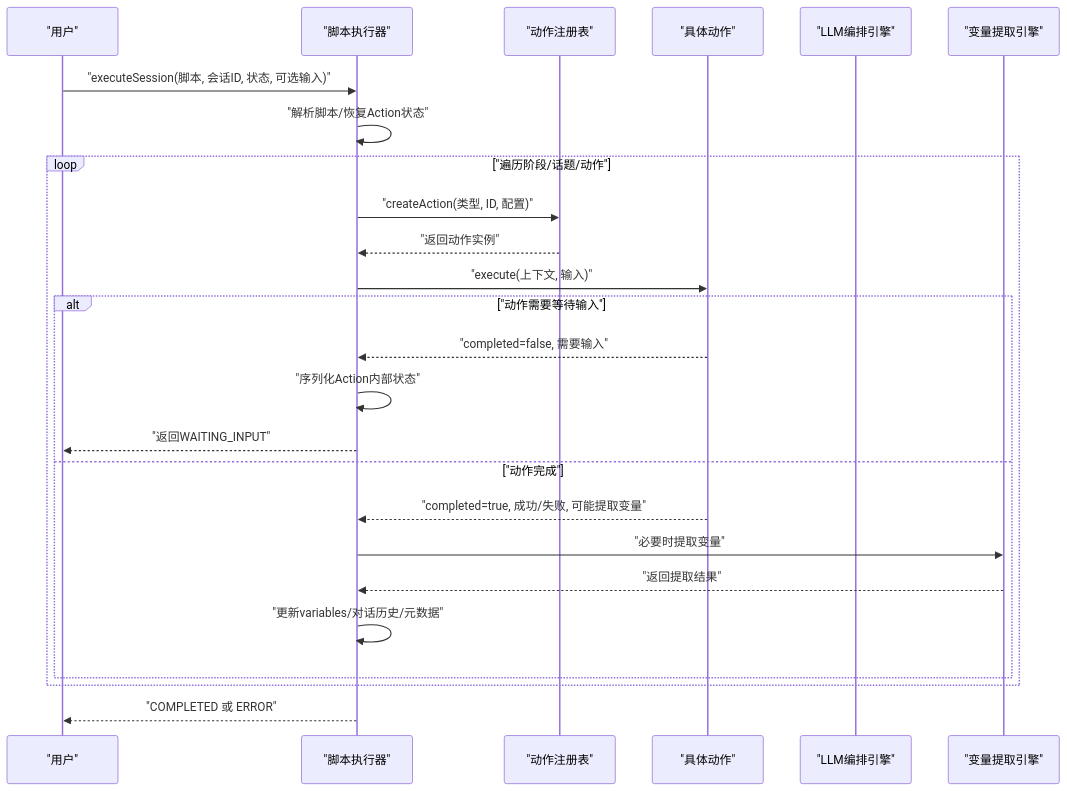
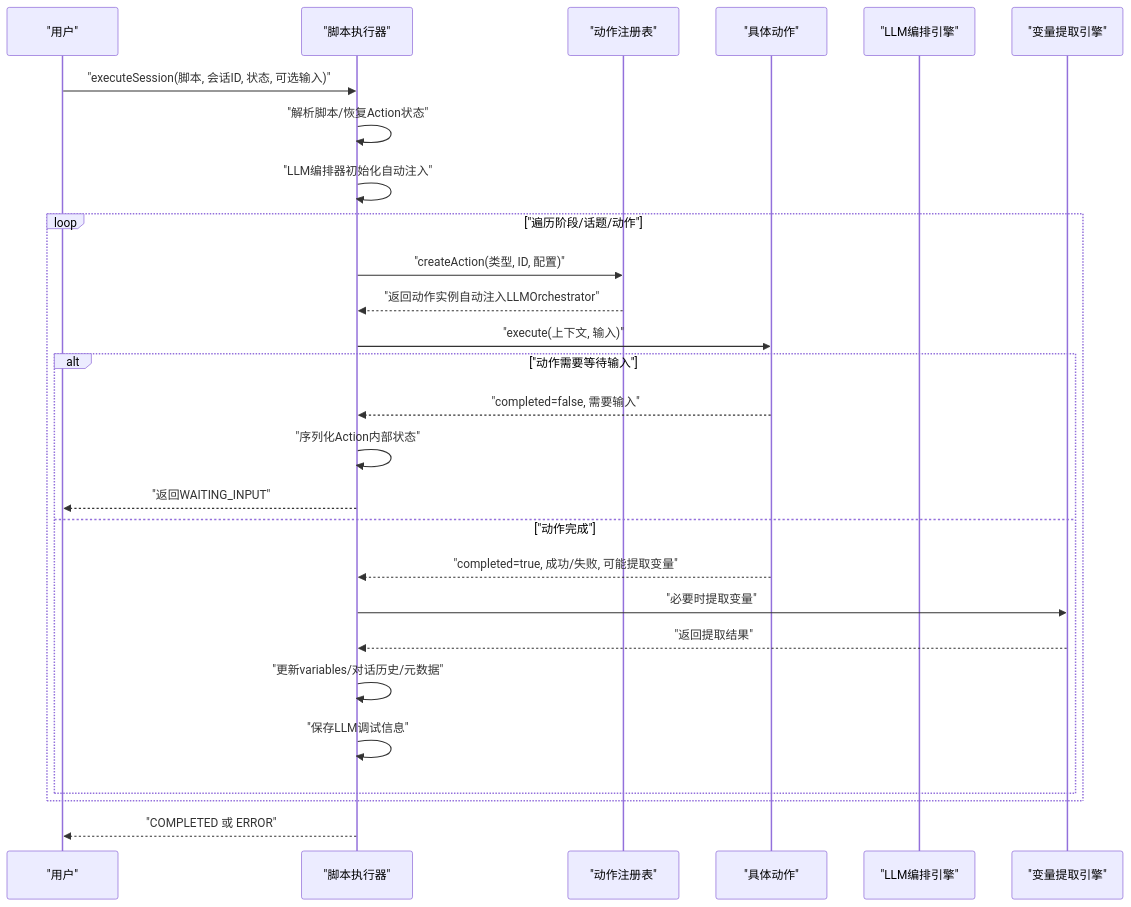
One commit to EverettCamus/HeartRule-Qoder changed the third of 6 diagrams in .qoder/repowiki/zh/content/核心引擎系统/核心引擎系统.md. Above: the diagram before and after it, drawn with Mermaid. The commit also changed other lines of this file and 40 other files, not shown here.

````diff
--- a/.qoder/repowiki/zh/content/核心引擎系统/核心引擎系统.md
+++ b/.qoder/repowiki/zh/content/核心引擎系统/核心引擎系统.md
@@ -132,27 +148,29 @@
 ```mermaid
 sequenceDiagram
 participant U as "用户"
 participant SE as "脚本执行器"
 participant AR as "动作注册表"
 participant AC as "具体动作"
 participant LO as "LLM编排引擎"
 participant VE as "变量提取引擎"
 U->>SE : "executeSession(脚本, 会话ID, 状态, 可选输入)"
 SE->>SE : "解析脚本/恢复Action状态"
+SE->>SE : "LLM编排器初始化自动注入"
 loop "遍历阶段/话题/动作"
 SE->>AR : "createAction(类型, ID, 配置)"
-AR-->>SE : "返回动作实例"
+AR-->>SE : "返回动作实例自动注入LLMOrchestrator"
 SE->>AC : "execute(上下文, 输入)"
 alt "动作需要等待输入"
 AC-->>SE : "completed=false, 需要输入"
 SE->>SE : "序列化Action内部状态"
 SE-->>U : "返回WAITING_INPUT"
 else "动作完成"
 AC-->>SE : "completed=true, 成功/失败, 可能提取变量"
 SE->>VE : "必要时提取变量"
 VE-->>SE : "返回提取结果"
 SE->>SE : "更新variables/对话历史/元数据"
+SE->>SE : "保存LLM调试信息"
 end
 end
 SE-->>U : "COMPLETED 或 ERROR"
 ```
````
